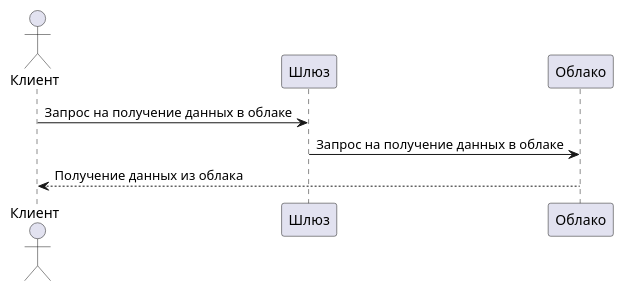
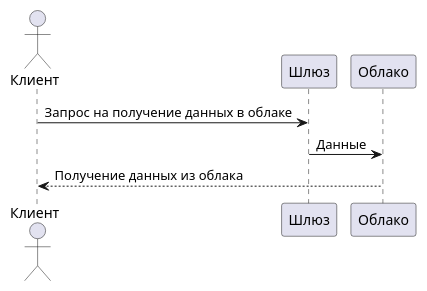
One commit to SPBU-gateway/artefacts changed the diagram in diagrams/basicScenary/basic-scenary.puml. Above: the diagram before and after it, drawn with PlantUML.

```diff
--- a/diagrams/basicScenary/basic-scenary.puml
+++ b/diagrams/basicScenary/basic-scenary.puml
@@ -1,9 +1,9 @@
 @startuml
 actor Клиент as user
 participant Шлюз as gateway
 participant Облако as cloud
 
 user -> gateway: Запрос на получение данных в облаке
-gateway -> cloud: Запрос на получение данных в облаке
+gateway -> cloud: Данные
 cloud --> user: Получение данных из облака
 @enduml
```
